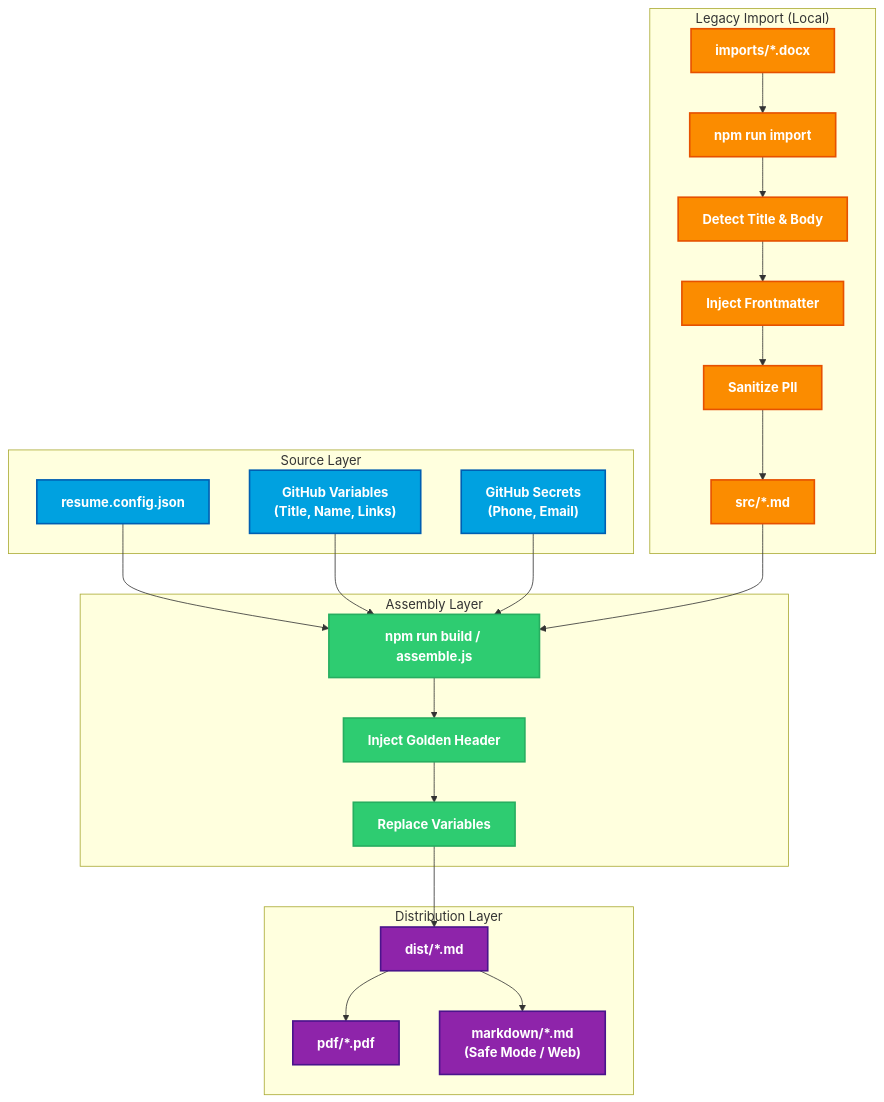
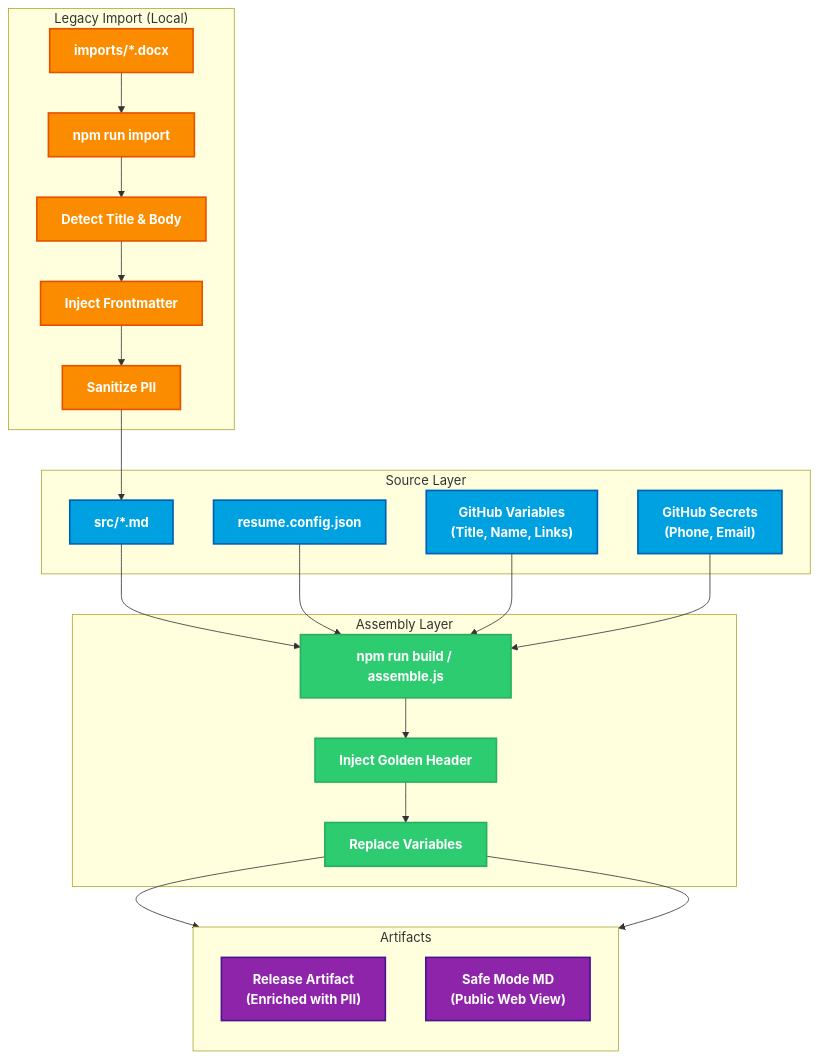
The diagram in README.md (rdbumstead/resume-as-code), drawn with Mermaid before and after one commit. The commit also changed 1 other file, not shown here.

Commit message:
docs: correct README diagram flows and fix resume header typo

````diff
--- a/README.md
+++ b/README.md
@@ -12,59 +12,58 @@
 ```mermaid
 graph TD
     %% ========= PIPELINE STAGE STYLES =========
     classDef import fill:#FB8C00,stroke:#E65100,stroke-width:2px,color:#ffffff,font-weight:bold;
     classDef input fill:#00A1E0,stroke:#005FB2,stroke-width:2px,color:#ffffff,font-weight:bold;
     classDef build fill:#2ECC71,stroke:#27AE60,stroke-width:2px,color:#ffffff,font-weight:bold;
     classDef output fill:#8E24AA,stroke:#4A148C,stroke-width:2px,color:#ffffff,font-weight:bold;
 
     subgraph Import ["Legacy Import (Local)"]
         Docx["imports/*.docx"]
         ImportScript["npm run import"]
         Detect["Detect Title & Body"]
         InjectFM["Inject Frontmatter"]
         Sanitize["Sanitize PII"]
-        Src["src/*.md"]
     end
 
     subgraph Input ["Source Layer"]
+        Src["src/*.md"]
         Config["resume.config.json"]
         Vars["GitHub Variables<br/>(Title, Name, Links)"]
         Secrets["GitHub Secrets<br/>(Phone, Email)"]
     end
 
     subgraph Build ["Assembly Layer"]
         Assemble["npm run build / assemble.js"]
         Header["Inject Golden Header"]
         Replace["Replace Variables"]
     end
 
-    subgraph Output ["Distribution Layer"]
-        Dist["dist/*.md"]
-        PDF["pdf/*.pdf"]
-        Safe["markdown/*.md<br/>(Safe Mode / Web)"]
+    subgraph Output ["Artifacts"]
+        direction TB
+        PDF["Release Artifact<br/>(Enriched with PII)"]
+        Safe["Safe Mode MD<br/>(Public Web View)"]
     end
 
     %% ========= FLOWS =========
     Docx --> ImportScript
     ImportScript --> Detect
     Detect --> InjectFM
     InjectFM --> Sanitize
     Sanitize --> Src
 
+    Src --> Assemble
     Config --> Assemble
     Vars --> Assemble
     Secrets --> Assemble
-    Src --> Assemble
 
     Assemble --> Header
     Header --> Replace
-    Replace --> Dist
-    Dist --> PDF
-    Dist --> Safe
+    Replace --> PDF
+    Replace --> Safe
 
     %% ========= APPLY STYLES =========
-    class Docx,ImportScript,Detect,InjectFM,Sanitize,Src import;
-    class Config,Vars,Secrets input;
+    class Docx,ImportScript,Detect,InjectFM,Sanitize import;
+    class Src,Config,Vars,Secrets input;
     class Assemble,Header,Replace build;
-    class Dist,PDF,Safe output;
+    class PDF,Safe output;
 ```
````
